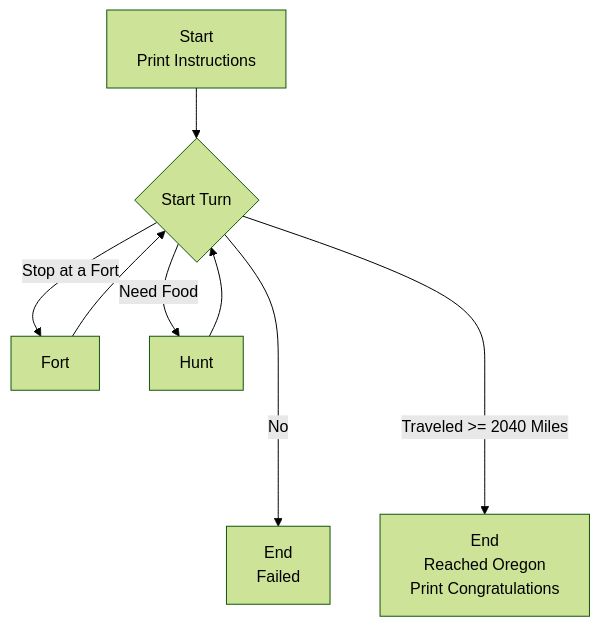
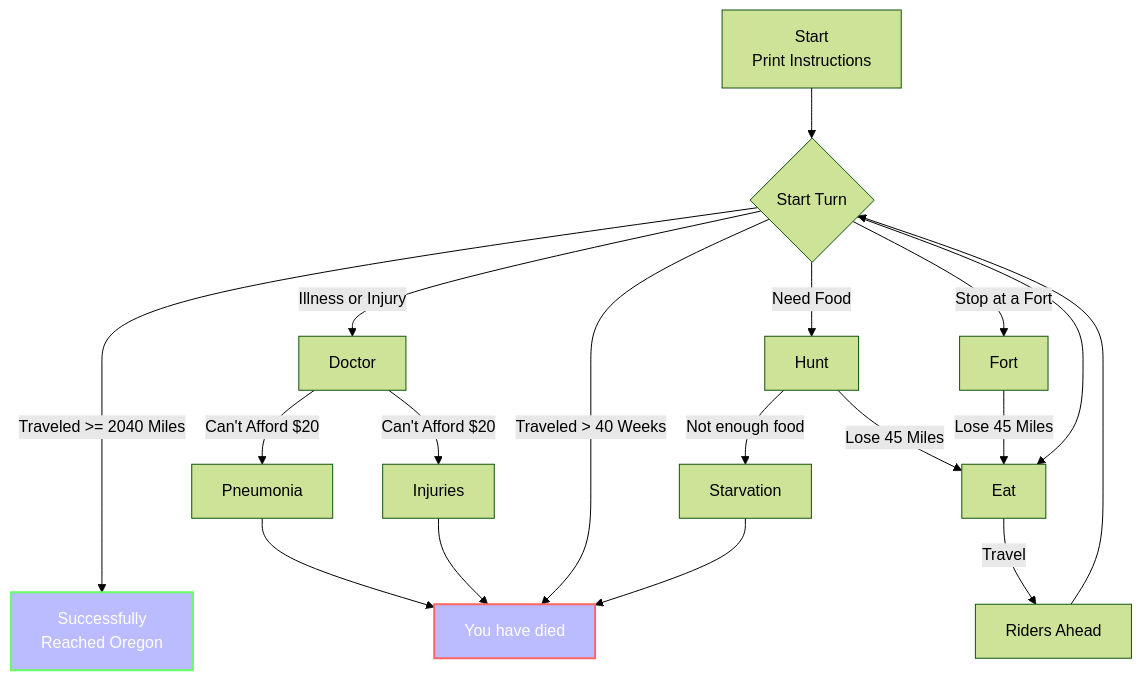
Before and after one commit to quantifex/rust_oregontrail_1978: the diagram in README.md, drawn with Mermaid (forest theme). The commit also changed other lines of this file and 6 other files, not shown here.

````diff
--- a/README.md
+++ b/README.md
@@ -6,10 +6,27 @@
 ```mermaid
 graph TD
-    A[Start<br>Print Instructions] --> B{Start Turn};
-    B -->|Stop at a Fort| F[Fort];
-    B -->|Need Food| H[Hunt];
-    F --> B;
-    H --> B;
-    B ---->|No| Z[End<br>Failed];
-    B ---->|Traveled >= 2040 Miles| E[End<br>Reached Oregon<br>Print Congratulations];
+    A[Start<br>Print Instructions] --> Turn{Start Turn};
+    Turn ---->|Traveled >= 2040 Miles| Oregon[Successfully<br>Reached Oregon];
+
+    Turn -->|Illness or Injury| Doctor;
+    Doctor --> |Can't Afford $20| Pneumonia;
+    Doctor --> |Can't Afford $20| Injuries;
+    Pneumonia --> Death;
+    Injuries --> Death;
+
+    Turn ---->|Traveled > 40 Weeks| Death[You have died];
+
+    Turn -->|Need Food| Hunt[Hunt];
+    Turn -->|Stop at a Fort| Fort[Fort];
+    Turn --> E[Eat];
+    E -->|Travel| R[Riders Ahead];
+    R --> Turn;
+    Fort -->|Lose 45 Miles| E;
+    Hunt -->|Not enough food| Starve[Starvation]
+    Hunt -->|Lose 45 Miles| E;
+    Starve --> Death
+
+    style Oregon fill:#bbf,stroke:#6f6,stroke-width:2px,color:#fff,stroke-thick: 5 5
+    style Death fill:#bbf,stroke:#f66,stroke-width:2px,color:#fff,stroke-thick: 5 5
+
 ```
````
